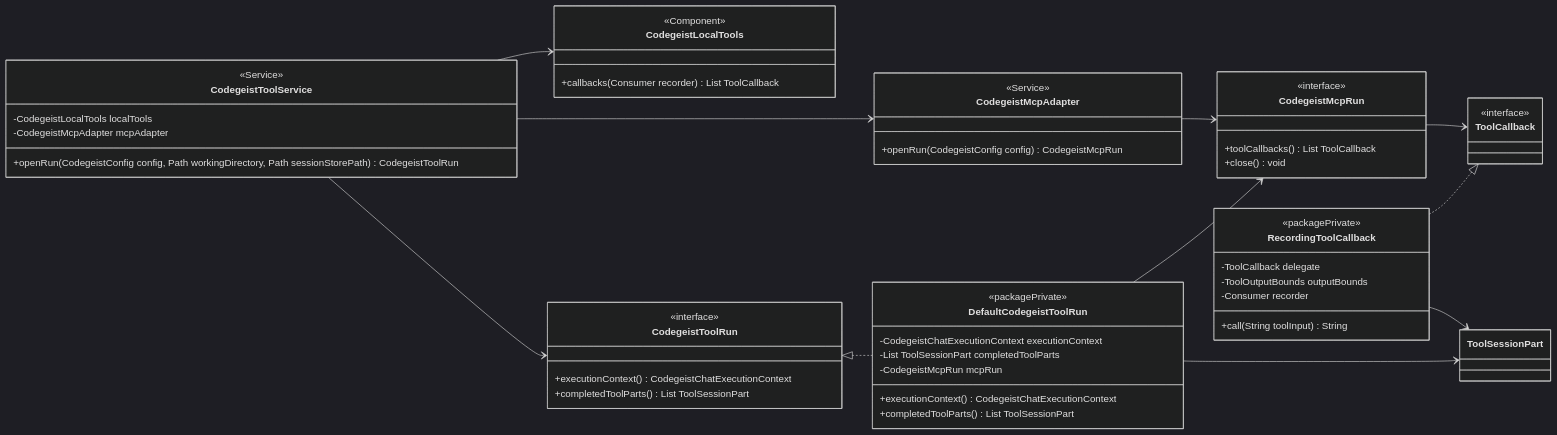
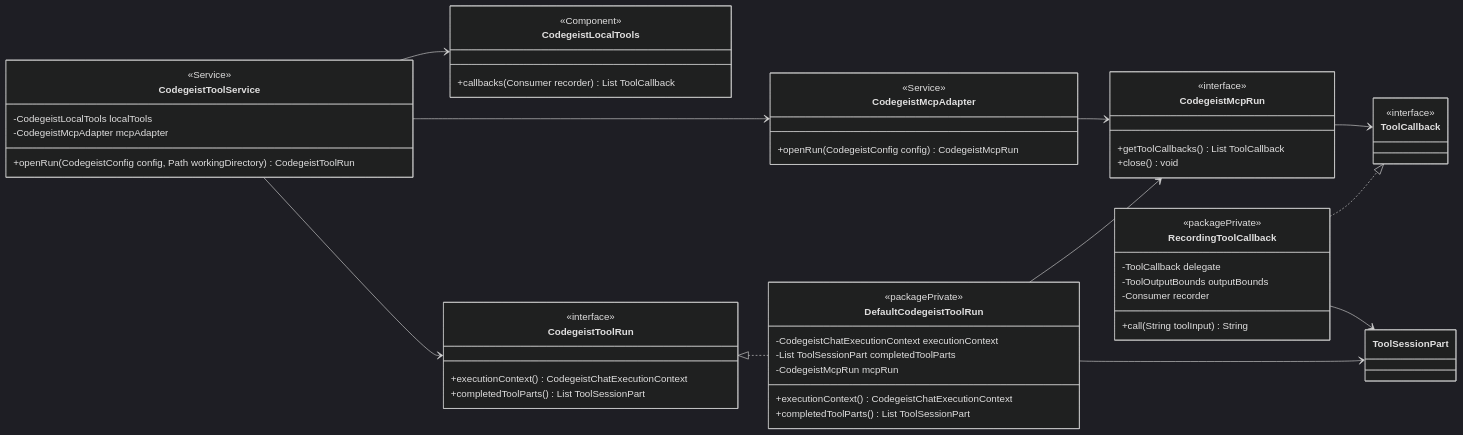
Before and after one commit to codegeist-ai/codegeist: the second of 6 diagrams in docs/tasks/T007_build-codegeist-runtime-harness/mcp-and-readwrite-tools-implementation-plan.md, drawn with Mermaid (dark theme). The commit also changed other lines of this file and 55 other files, not shown here.

````diff
--- a/docs/tasks/T007_build-codegeist-runtime-harness/mcp-and-readwrite-tools-implementation-plan.md
+++ b/docs/tasks/T007_build-codegeist-runtime-harness/mcp-and-readwrite-tools-implementation-plan.md
@@ -201,67 +202,67 @@
 ```mermaid
 classDiagram
     direction LR
 
     class CodegeistToolService {
       <<Service>>
       <<Slf4j>>
       <<RequiredArgsConstructor>>
       -CodegeistLocalTools localTools
       -CodegeistMcpAdapter mcpAdapter
-      +openRun(CodegeistConfig config, Path workingDirectory, Path sessionStorePath) CodegeistToolRun
+      +openRun(CodegeistConfig config, Path workingDirectory) CodegeistToolRun
     }
 
     class CodegeistToolRun {
       <<interface>>
       +executionContext() CodegeistChatExecutionContext
       +completedToolParts() List ToolSessionPart
     }
 
     class DefaultCodegeistToolRun {
       <<packagePrivate>>
       -CodegeistChatExecutionContext executionContext
       -List ToolSessionPart completedToolParts
       -CodegeistMcpRun mcpRun
       +executionContext() CodegeistChatExecutionContext
       +completedToolParts() List ToolSessionPart
     }
 
     class CodegeistLocalTools {
       <<Component>>
       +callbacks(Consumer recorder) List ToolCallback
     }
 
     class CodegeistMcpAdapter {
       <<Service>>
       +openRun(CodegeistConfig config) CodegeistMcpRun
     }
 
     class CodegeistMcpRun {
       <<interface>>
-      +toolCallbacks() List ToolCallback
+      +getToolCallbacks() List ToolCallback
       +close() void
     }
 
     class RecordingToolCallback {
       <<packagePrivate>>
       -ToolCallback delegate
       -ToolOutputBounds outputBounds
       -Consumer recorder
       +call(String toolInput) String
     }
 
     class ToolCallback {
       <<interface>>
     }
 
     CodegeistToolService --> CodegeistLocalTools
     CodegeistToolService --> CodegeistMcpAdapter
     CodegeistToolService --> CodegeistToolRun
     CodegeistToolRun <|.. DefaultCodegeistToolRun
     DefaultCodegeistToolRun --> CodegeistMcpRun
     DefaultCodegeistToolRun --> ToolSessionPart
     CodegeistMcpAdapter --> CodegeistMcpRun
     CodegeistMcpRun --> ToolCallback
     RecordingToolCallback ..|> ToolCallback
     RecordingToolCallback --> ToolSessionPart
 ```
````
